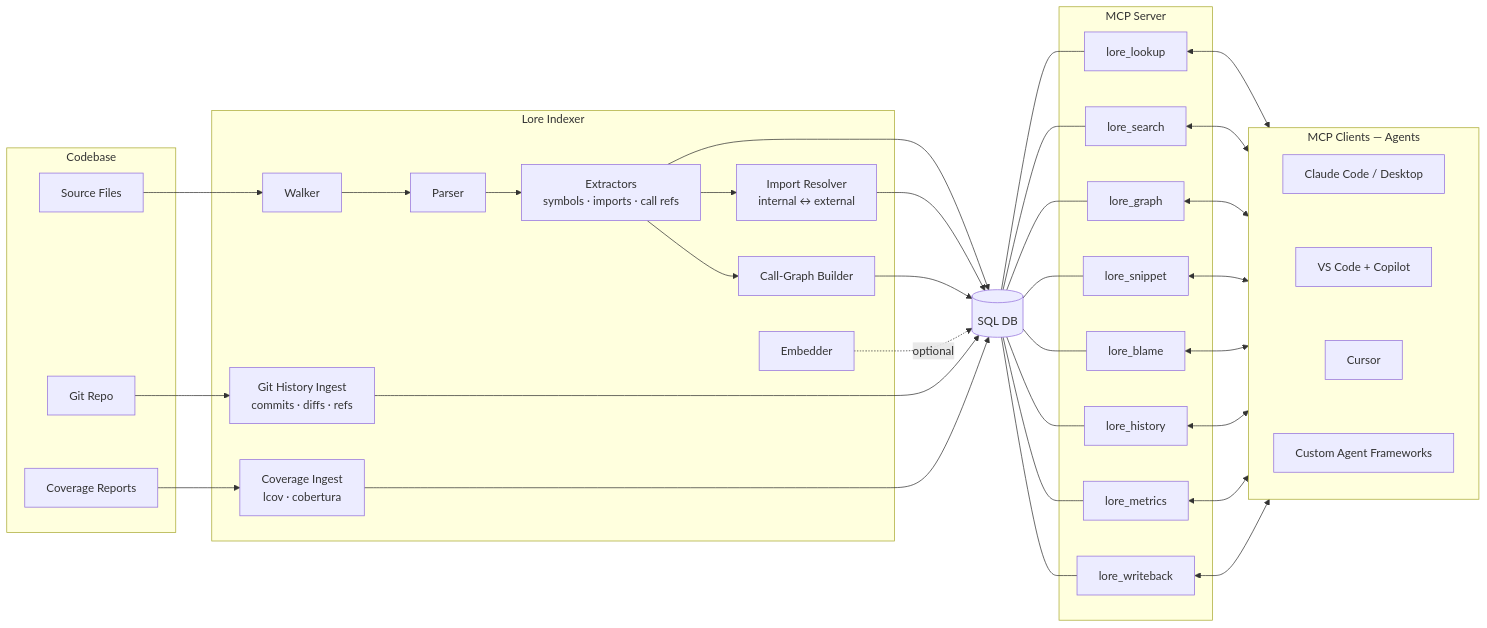
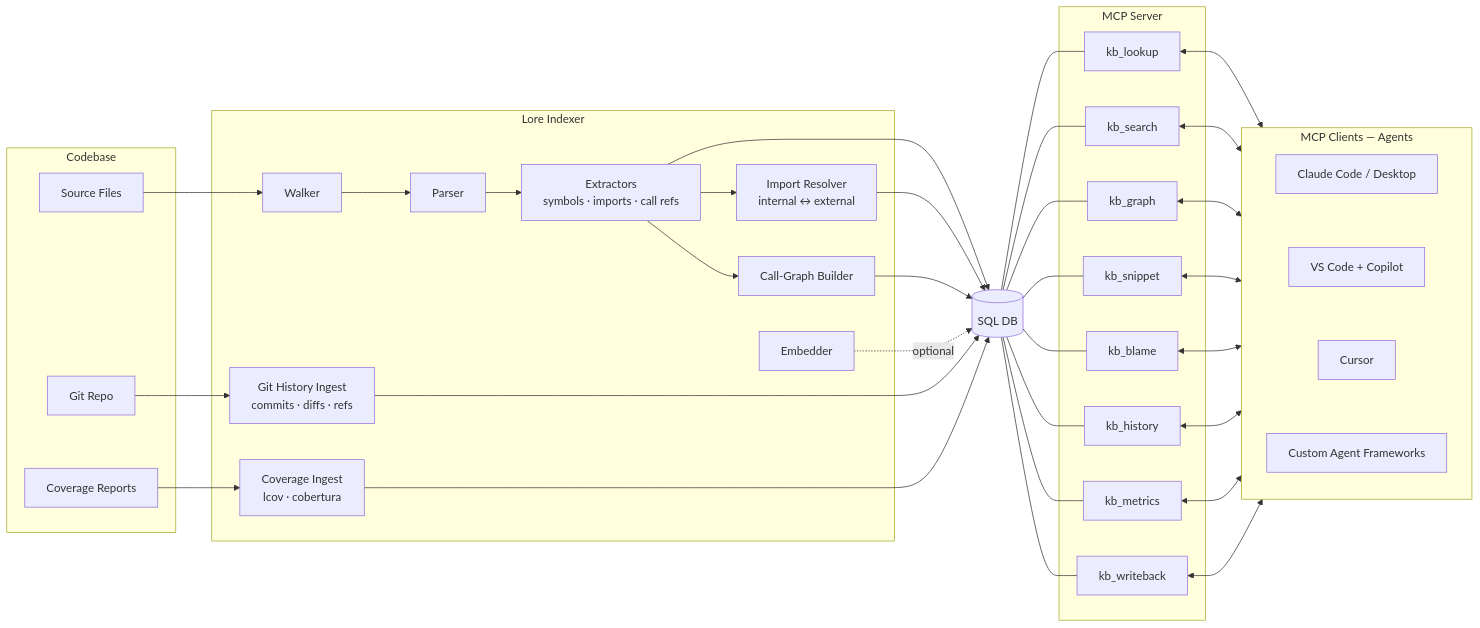
One commit to jafreck/Lore changed the diagram in README.md. Above: the diagram before and after it, drawn with Mermaid. The commit also changed other lines of this file and 37 other files, not shown here.

````diff
--- a/README.md
+++ b/README.md
@@ -24,51 +24,51 @@
 ```mermaid
 flowchart LR
     subgraph Codebase
         SRC[Source Files]
         GIT[Git Repo]
         COV[Coverage Reports]
     end
 
     subgraph Lore Indexer
         WALK[Walker]
         PARSE[Parser]
         EXTRACT[Extractors<br/>symbols · imports · call refs]
         RESOLVE[Import Resolver<br/>internal ↔ external]
         CALLGRAPH[Call-Graph Builder]
         EMBED[Embedder]
         GITHIST[Git History Ingest<br/>commits · diffs · refs]
         COVINGEST[Coverage Ingest<br/>lcov · cobertura]
     end
 
     DB[(SQL DB)]
 
     subgraph MCP Server
-        LOOKUP[lore_lookup]
-        SEARCH[lore_search]
-        GRAPH[lore_graph]
-        SNIPPET[lore_snippet]
-        BLAME[lore_blame]
-        HISTORY[lore_history]
-        METRICS[lore_metrics]
-        WRITEBACK[lore_writeback]
+        LOOKUP[kb_lookup]
+        SEARCH[kb_search]
+        GRAPH[kb_graph]
+        SNIPPET[kb_snippet]
+        BLAME[kb_blame]
+        HISTORY[kb_history]
+        METRICS[kb_metrics]
+        WRITEBACK[kb_writeback]
     end
 
     subgraph MCP_CLIENTS[MCP Clients — Agents]
         CLAUDE_CODE[Claude Code / Desktop]
         COPILOT[VS Code + Copilot]
         CURSOR[Cursor]
         CUSTOM[Custom Agent Frameworks]
         CLAUDE_CODE ~~~ COPILOT ~~~ CURSOR ~~~ CUSTOM
     end
 
     SRC --> WALK --> PARSE --> EXTRACT
     EXTRACT --> RESOLVE & CALLGRAPH
     EXTRACT & RESOLVE & CALLGRAPH --> DB
     EMBED -.->|optional| DB
     GIT --> GITHIST --> DB
     COV --> COVINGEST --> DB
 
     DB --- LOOKUP & SEARCH & GRAPH & SNIPPET & BLAME & HISTORY & METRICS & WRITEBACK
 
     LOOKUP & SEARCH & GRAPH & SNIPPET & BLAME & HISTORY & METRICS & WRITEBACK <--> MCP_CLIENTS
 ```
````
